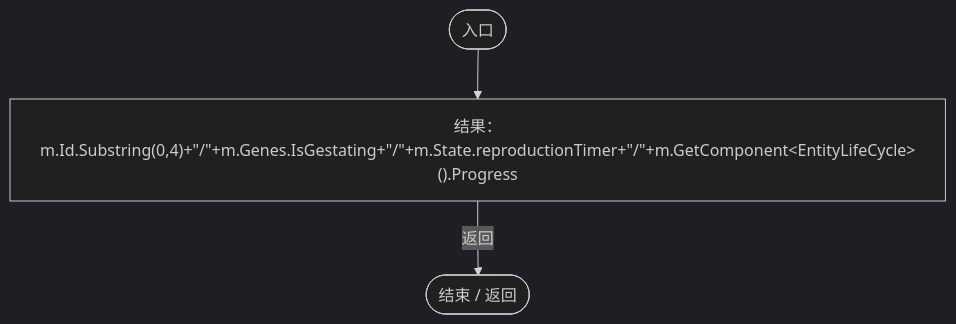
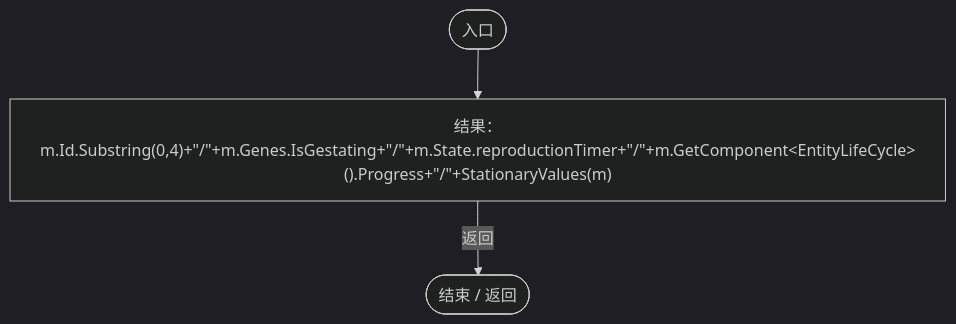
One commit to xhs6666/Darwin_paradise changed diagram 44 of 50 in Docs/运行流程图/脚本/9386360ce717a3bf.md. Above: the diagram before and after it, drawn with Mermaid (dark theme). The commit also changed other lines of this file and 227 other files, not shown here.

````diff
--- a/Docs/运行流程图/脚本/9386360ce717a3bf.md
+++ b/Docs/运行流程图/脚本/9386360ce717a3bf.md
@@ -1635,9 +1660,9 @@
 ```mermaid
 flowchart TD
   b0(["入口"])
-  b1["结果：m.Id.Substring(0,4)+&quot;/&quot;+m.Genes.IsGestating+&quot;/&quot;+m.State.reproductionTimer+&quot;/&quot;+m.GetComponent&lt;EntityLifeCycle&gt;().Progress"]
+  b1["结果：m.Id.Substring(0,4)+&quot;/&quot;+m.Genes.IsGestating+&quot;/&quot;+m.State.reproductionTimer+&quot;/&quot;+m.GetComponent&lt;EntityLifeCycle&gt;().Progress+&quot;/&quot;+StationaryValues(m)"]
   b2(["结束 / 返回"])
   b0 --> b1
   b1 -->|"返回"| b2
 
 ```
````
